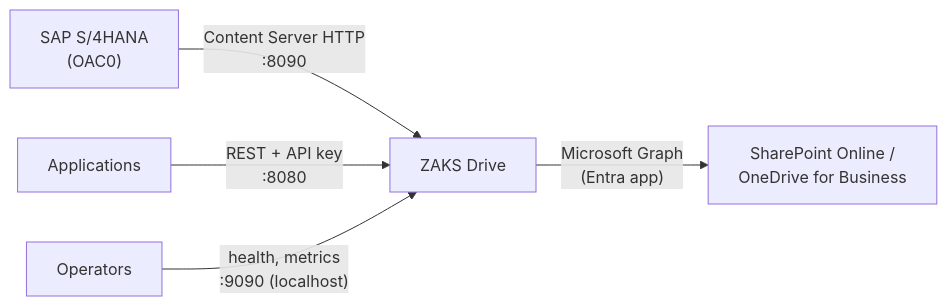
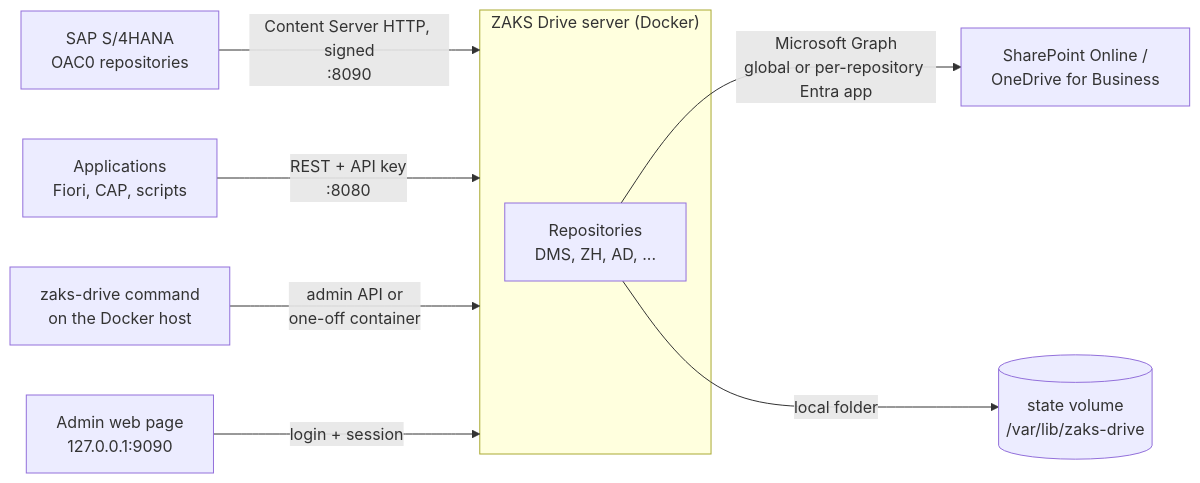
Before and after one commit to Lamiv/zaks-drive: the first of 2 diagrams in README.md, drawn with Mermaid. The commit also changed other lines of this file and 3 other files, not shown here.

````diff
--- a/README.md
+++ b/README.md
@@ -77,7 +27,12 @@
 ```mermaid
 flowchart LR
-    SAP["SAP S/4HANA<br/>(OAC0)"] -- "Content Server HTTP<br/>:8090" --> ZD
-    APP["Applications"] -- "REST + API key<br/>:8080" --> ZD
-    ZD["ZAKS Drive"] -- "Microsoft Graph<br/>(Entra app)" --> SP["SharePoint Online /<br/>OneDrive for Business"]
-    OPS["Operators"] -- "health, metrics<br/>:9090 (localhost)" --> ZD
+    SAP["SAP S/4HANA<br/>OAC0 repositories"] -- "Content Server HTTP, signed<br/>:8090" --> ZD
+    APP["Applications<br/>Fiori, CAP, scripts"] -- "REST + API key<br/>:8080" --> ZD
+    subgraph ZD["ZAKS Drive server (Docker)"]
+        REPOS["Repositories<br/>DMS, ZH, AD, ..."]
+    end
+    REPOS -- "Microsoft Graph<br/>global or per-repository Entra app" --> SP["SharePoint Online /<br/>OneDrive for Business"]
+    REPOS -- "local folder" --> VOL[("state volume<br/>/var/lib/zaks-drive")]
+    CLI["zaks-drive command<br/>on the Docker host"] -- "admin API or<br/>one-off container" --> ZD
+    ADM["Admin web page<br/>127.0.0.1:9090"] -- "login + session" --> ZD
 ```
````
